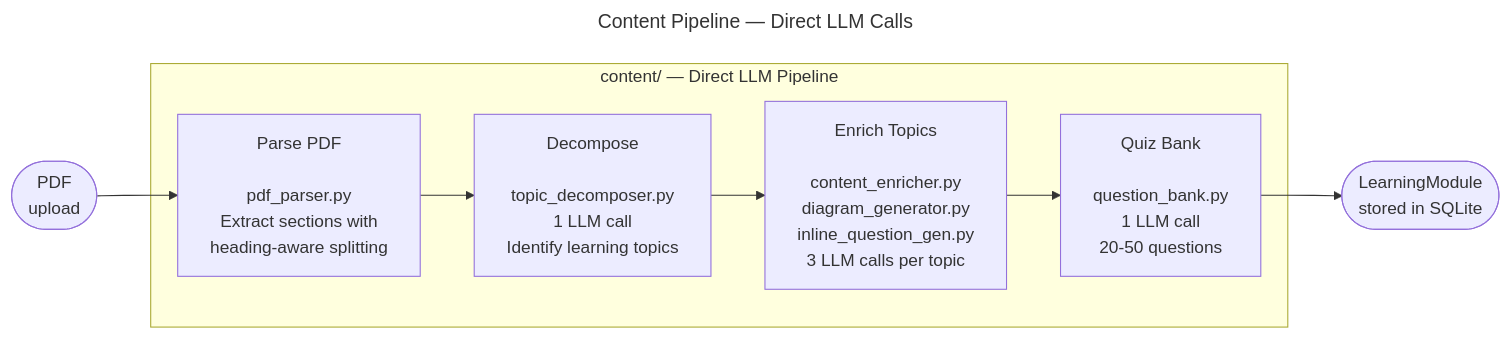
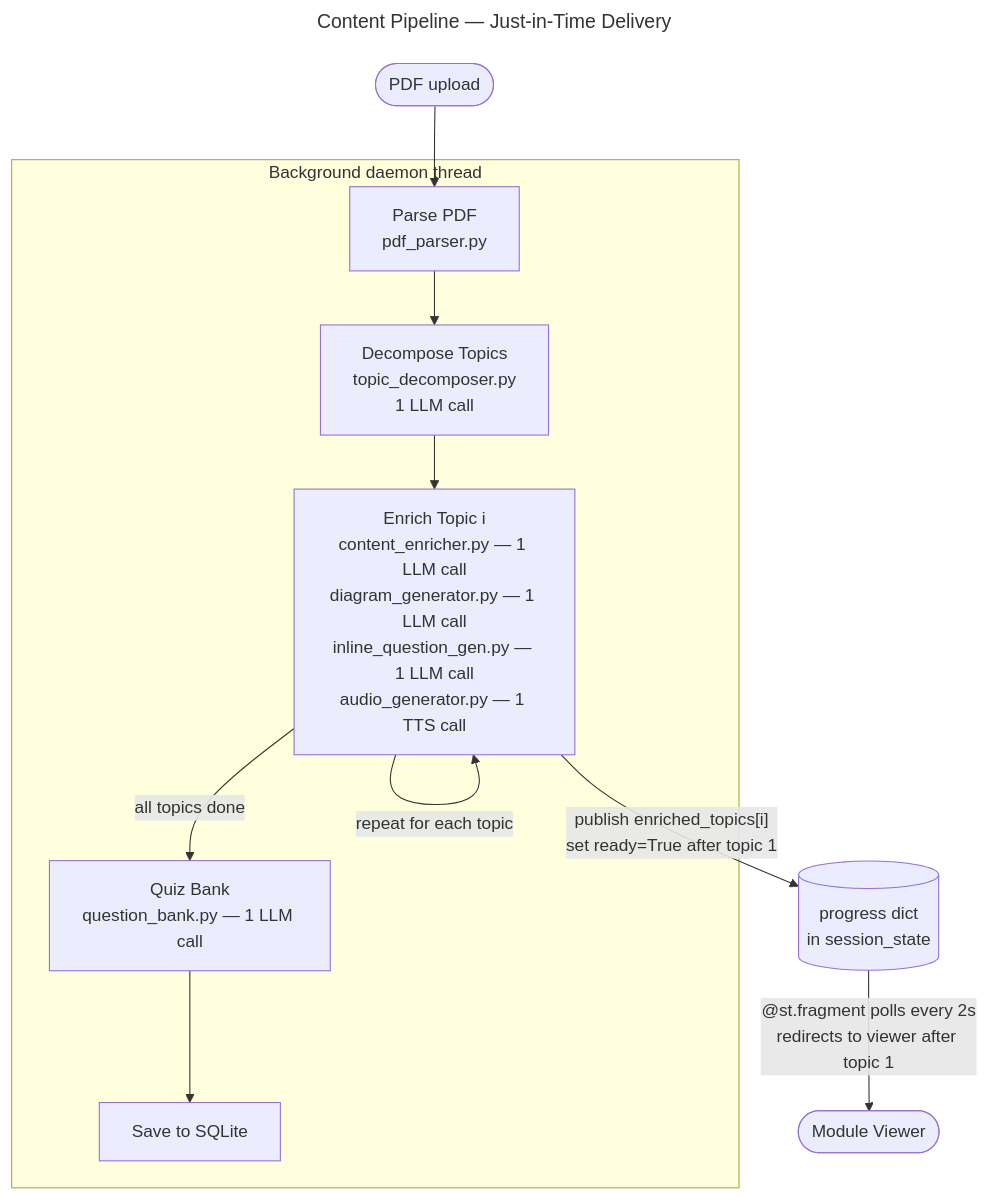
Before and after one commit to bijesh-p/deepl-ai-tutor: the third of 8 diagrams in ARCHITECTURE.md, drawn with Mermaid. The commit also changed other lines of this file, not shown here.

First line of the commit message:
Update ARCHITECTURE.md for JIT delivery, audio, and mandatory diagrams

````diff
--- a/ARCHITECTURE.md
+++ b/ARCHITECTURE.md
@@ -104,21 +106,24 @@
 ```mermaid
 ---
-title: Content Pipeline — Direct LLM Calls
+title: Content Pipeline — Just-in-Time Delivery
 ---
-flowchart LR
-    PDF([PDF\nupload]) --> PARSE
+flowchart TD
+    PDF([PDF upload]) --> PARSE
 
-    subgraph Pipeline["content/  —  Direct LLM Pipeline"]
-        PARSE["Parse PDF\n\npdf_parser.py\nExtract sections with\nheading-aware splitting"]
-
-        DECOMPOSE["Decompose\n\ntopic_decomposer.py\n1 LLM call\nIdentify learning topics"]
-
-        ENRICH["Enrich Topics\n\ncontent_enricher.py\ndiagram_generator.py\ninline_question_gen.py\n3 LLM calls per topic"]
-
-        QUIZ["Quiz Bank\n\nquestion_bank.py\n1 LLM call\n20-50 questions"]
+    subgraph Thread["Background daemon thread"]
+        PARSE["Parse PDF\npdf_parser.py"]
+        DECOMPOSE["Decompose Topics\ntopic_decomposer.py\n1 LLM call"]
+        ENRICH["Enrich Topic i\ncontent_enricher.py — 1 LLM call\ndiagram_generator.py — 1 LLM call\ninline_question_gen.py — 1 LLM call\naudio_generator.py — 1 TTS call"]
+        QUIZ["Quiz Bank\nquestion_bank.py — 1 LLM call"]
+        SAVE["Save to SQLite"]
     end
 
-    PARSE --> DECOMPOSE --> ENRICH --> QUIZ
+    PARSE --> DECOMPOSE
+    DECOMPOSE --> ENRICH
+    ENRICH -->|"repeat for each topic"| ENRICH
+    ENRICH -->|"all topics done"| QUIZ
+    QUIZ --> SAVE
 
-    QUIZ --> OUT([LearningModule\nstored in SQLite])
+    ENRICH -->|"publish enriched_topics[i]\nset ready=True after topic 1"| PROGRESS[("progress dict\nin session_state")]
+    PROGRESS -->|"@st.fragment polls every 2s\nredirects to viewer after topic 1"| LEARN([Module Viewer])
 ```
````
